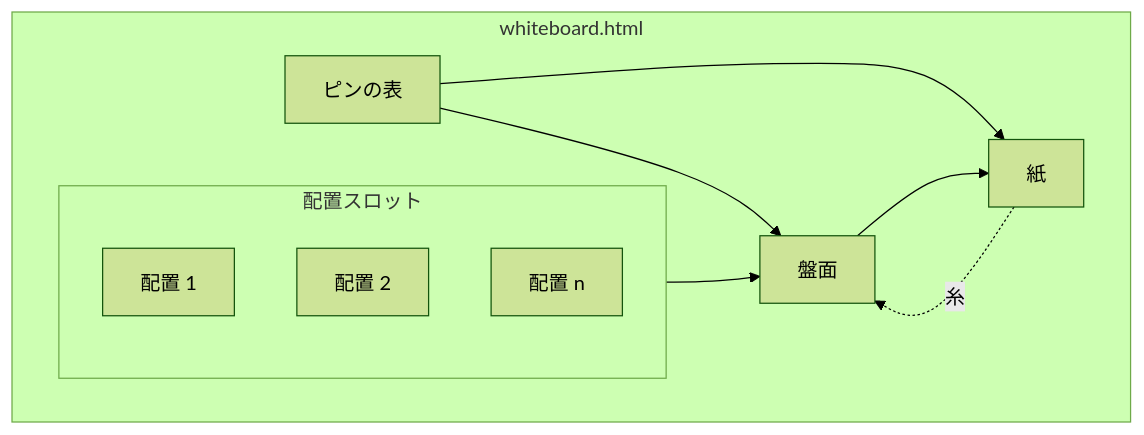
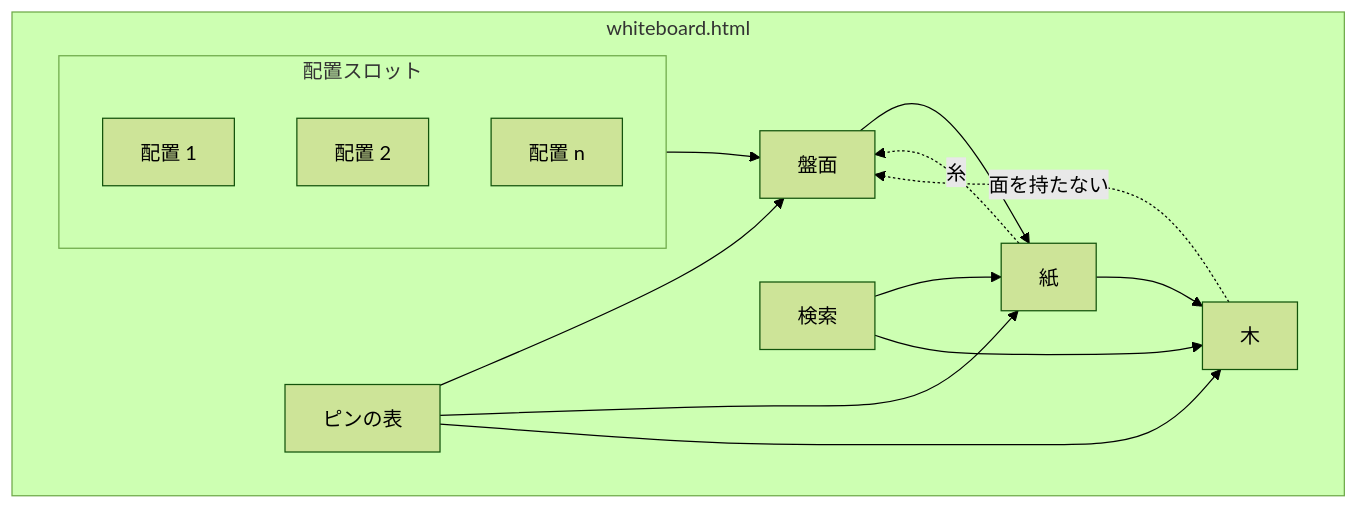
Before and after one commit to gameundwatch/archivist: the second of 6 diagrams in docs/archivist/L3_structures/whiteboard.md, drawn with Mermaid (forest theme). The commit also changed other lines of this file and 11 other files, not shown here.

````diff
--- a/docs/archivist/L3_structures/whiteboard.md
+++ b/docs/archivist/L3_structures/whiteboard.md
@@ -23,18 +26,25 @@
 ```mermaid
 flowchart TD
     subgraph WB["whiteboard.html"]
         BOARD["盤面"]
         subgraph SLOT["配置スロット"]
             L1["配置 1"]
             L2["配置 2"]
             L3["配置 n"]
         end
         TABLE["ピンの表"]
         PAPER["紙"]
+        TREE["木"]
+        FIND["検索"]
     end
     SLOT --> BOARD
     TABLE --> BOARD
     TABLE --> PAPER
     BOARD --> PAPER
     PAPER -.糸.-> BOARD
+    PAPER --> TREE
+    TABLE --> TREE
+    TREE -.面を持たない.-> BOARD
+    FIND --> PAPER
+    FIND --> TREE
 ```
````
